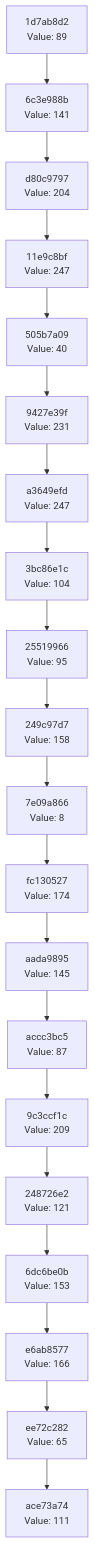
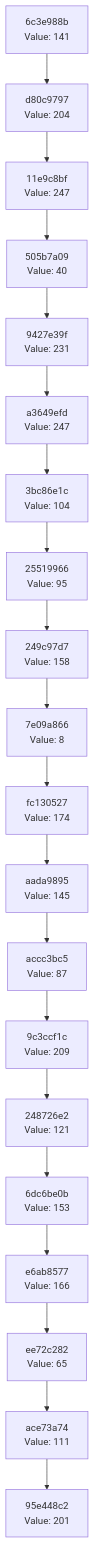
Before and after one commit to Abhisheksinha1506/hash-chain-evolver: the diagram in docs/CHAIN_VISUALIZATION.md, drawn with Mermaid. The commit also changed 1 other file, not shown here.

Commit message:
Evolution Step

````diff
--- a/docs/CHAIN_VISUALIZATION.md
+++ b/docs/CHAIN_VISUALIZATION.md
@@ -3,42 +3,42 @@
 ```mermaid
 graph TD
-    C0["ace73a74<br/>Value: 111"]
-    C1["ee72c282<br/>Value: 65"]
+    C0["95e448c2<br/>Value: 201"]
+    C1["ace73a74<br/>Value: 111"]
     C1 --> C0
-    C2["e6ab8577<br/>Value: 166"]
+    C2["ee72c282<br/>Value: 65"]
     C2 --> C1
-    C3["6dc6be0b<br/>Value: 153"]
+    C3["e6ab8577<br/>Value: 166"]
     C3 --> C2
-    C4["248726e2<br/>Value: 121"]
+    C4["6dc6be0b<br/>Value: 153"]
     C4 --> C3
-    C5["9c3ccf1c<br/>Value: 209"]
+    C5["248726e2<br/>Value: 121"]
     C5 --> C4
-    C6["accc3bc5<br/>Value: 87"]
+    C6["9c3ccf1c<br/>Value: 209"]
     C6 --> C5
-    C7["aada9895<br/>Value: 145"]
+    C7["accc3bc5<br/>Value: 87"]
     C7 --> C6
-    C8["fc130527<br/>Value: 174"]
+    C8["aada9895<br/>Value: 145"]
     C8 --> C7
-    C9["7e09a866<br/>Value: 8"]
+    C9["fc130527<br/>Value: 174"]
     C9 --> C8
-    C10["249c97d7<br/>Value: 158"]
+    C10["7e09a866<br/>Value: 8"]
     C10 --> C9
-    C11["25519966<br/>Value: 95"]
+    C11["249c97d7<br/>Value: 158"]
     C11 --> C10
-    C12["3bc86e1c<br/>Value: 104"]
+    C12["25519966<br/>Value: 95"]
     C12 --> C11
-    C13["a3649efd<br/>Value: 247"]
+    C13["3bc86e1c<br/>Value: 104"]
     C13 --> C12
-    C14["9427e39f<br/>Value: 231"]
+    C14["a3649efd<br/>Value: 247"]
     C14 --> C13
-    C15["505b7a09<br/>Value: 40"]
+    C15["9427e39f<br/>Value: 231"]
     C15 --> C14
-    C16["11e9c8bf<br/>Value: 247"]
+    C16["505b7a09<br/>Value: 40"]
     C16 --> C15
-    C17["d80c9797<br/>Value: 204"]
+    C17["11e9c8bf<br/>Value: 247"]
     C17 --> C16
-    C18["6c3e988b<br/>Value: 141"]
+    C18["d80c9797<br/>Value: 204"]
     C18 --> C17
-    C19["1d7ab8d2<br/>Value: 89"]
+    C19["6c3e988b<br/>Value: 141"]
     C19 --> C18
 ```
````
